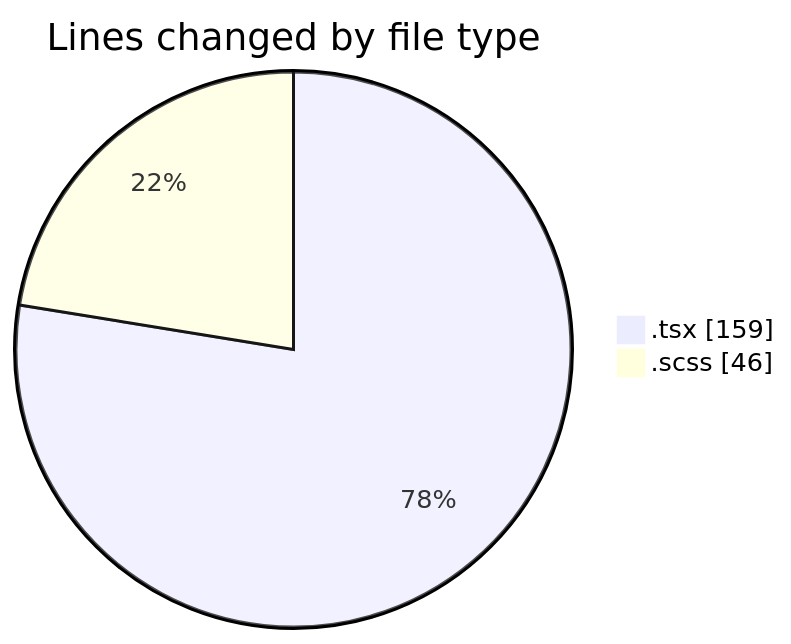
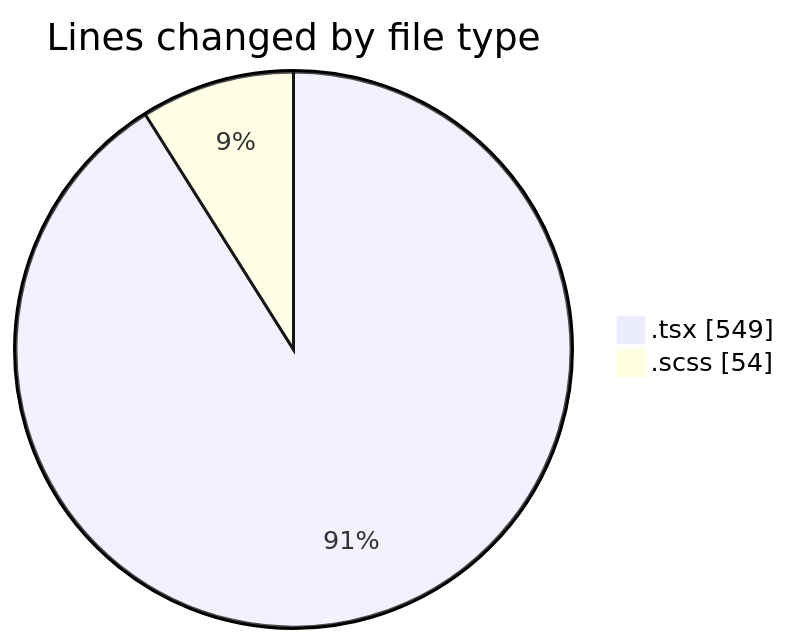
One commit to momahboobian/code-tracking changed the first of 2 diagrams in 2026-07-21/cda/README.md. Above: the diagram before and after it, drawn with Mermaid. The commit also changed other lines of this file and 1 other file, not shown here.

````diff
--- a/2026-07-21/cda/README.md
+++ b/2026-07-21/cda/README.md
@@ -26,6 +27,6 @@
 ```mermaid
 pie showData
 title Lines changed by file type
-".tsx" : 159
-".scss" : 46
+".tsx" : 549
+".scss" : 54
 ```
````
